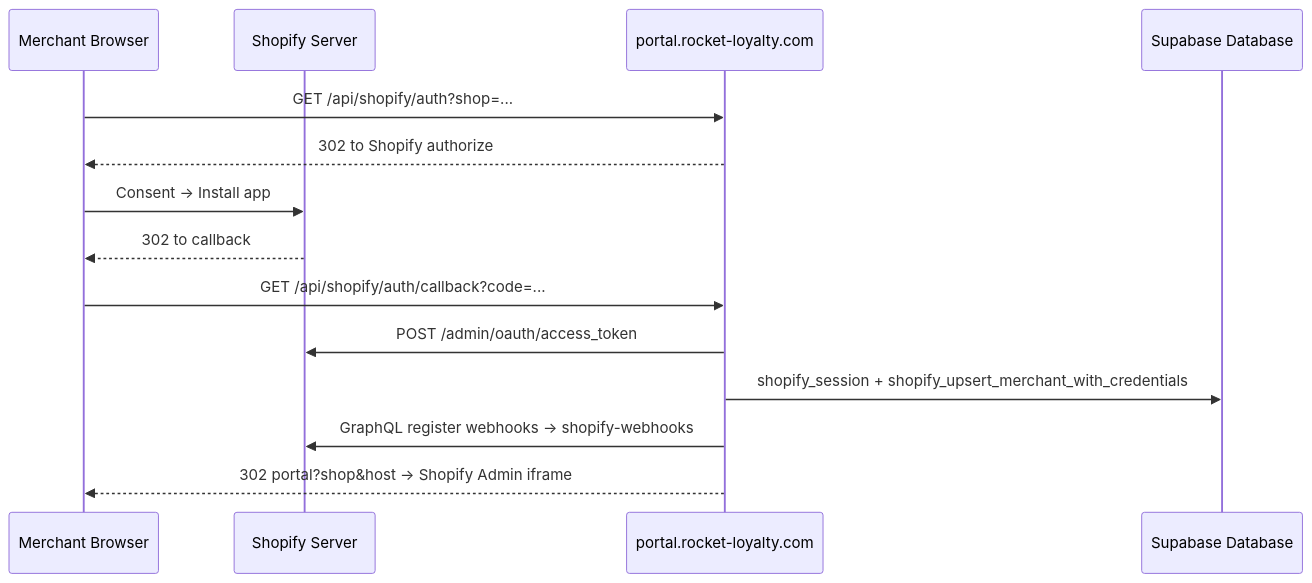
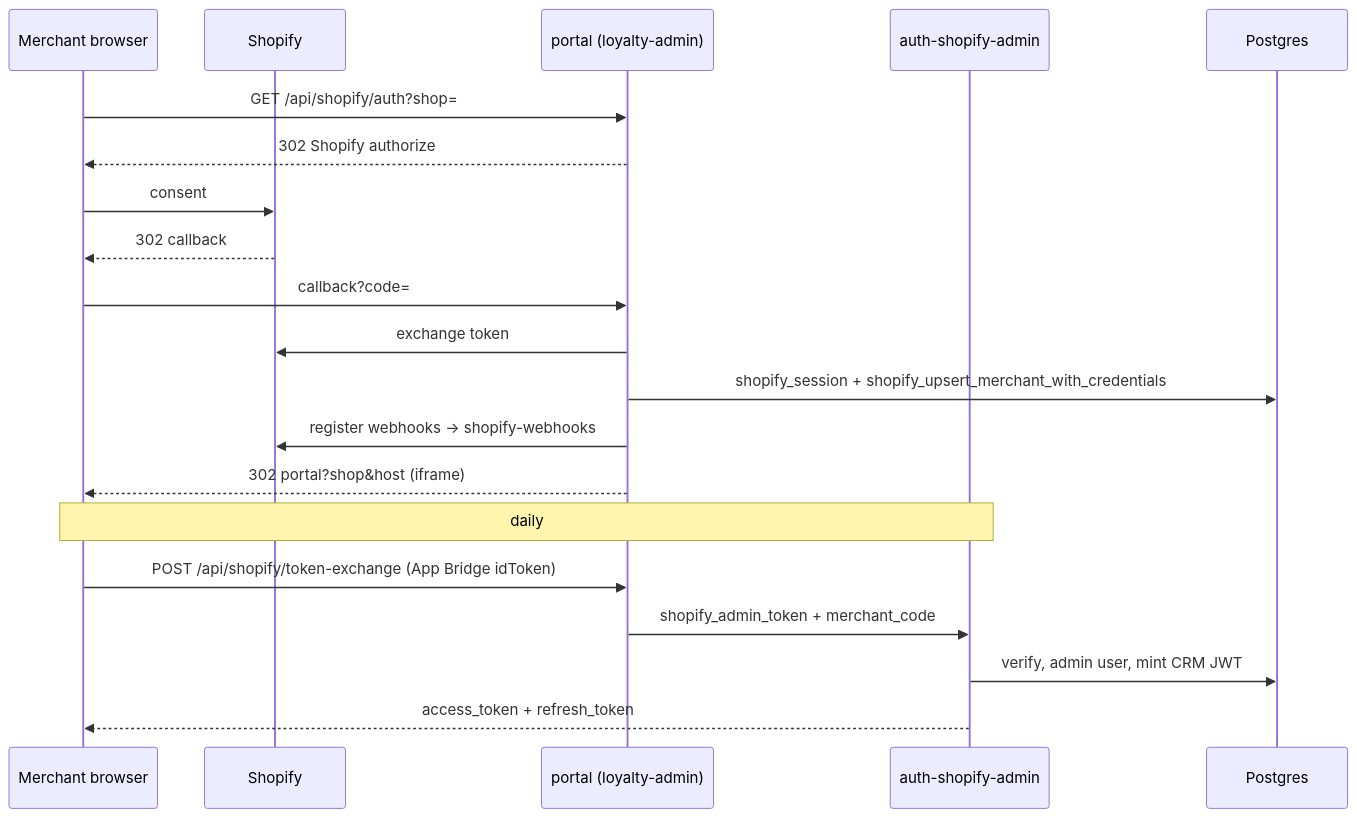
Before and after one commit to Rocket-CRM/supabase-crm: the fourth of 7 diagrams in requirements/Shopify.md, drawn with Mermaid. The commit also changed other lines of this file and 40 other files, not shown here.

````diff
--- a/requirements/Shopify.md
+++ b/requirements/Shopify.md
@@ -218,17 +472,23 @@
 ```mermaid
 sequenceDiagram
-    participant B as Merchant Browser
-    participant S as Shopify Server
-    participant V as portal.rocket-loyalty.com
-    participant DB as Supabase Database
+  participant B as Merchant browser
+  participant S as Shopify
+  participant V as portal (loyalty-admin)
+  participant EF as auth-shopify-admin
+  participant DB as Postgres
 
-    B->>V: GET /api/shopify/auth?shop=...
-    V-->>B: 302 to Shopify authorize
-    B->>S: Consent → Install app
-    S-->>B: 302 to callback
-    B->>V: GET /api/shopify/auth/callback?code=...
-    V->>S: POST /admin/oauth/access_token
-    V->>DB: shopify_session + shopify_upsert_merchant_with_credentials
-    V->>S: GraphQL register webhooks → shopify-webhooks
-    V-->>B: 302 portal?shop&host → Shopify Admin iframe
+  B->>V: GET /api/shopify/auth?shop=
+  V-->>B: 302 Shopify authorize
+  B->>S: consent
+  S-->>B: 302 callback
+  B->>V: callback?code=
+  V->>S: exchange token
+  V->>DB: shopify_session + shopify_upsert_merchant_with_credentials
+  V->>S: register webhooks → shopify-webhooks
+  V-->>B: 302 portal?shop&host (iframe)
+  Note over B,EF: daily
+  B->>V: POST /api/shopify/token-exchange (App Bridge idToken)
+  V->>EF: shopify_admin_token + merchant_code
+  EF->>DB: verify, admin user, mint CRM JWT
+  EF-->>B: access_token + refresh_token
 ```
````
